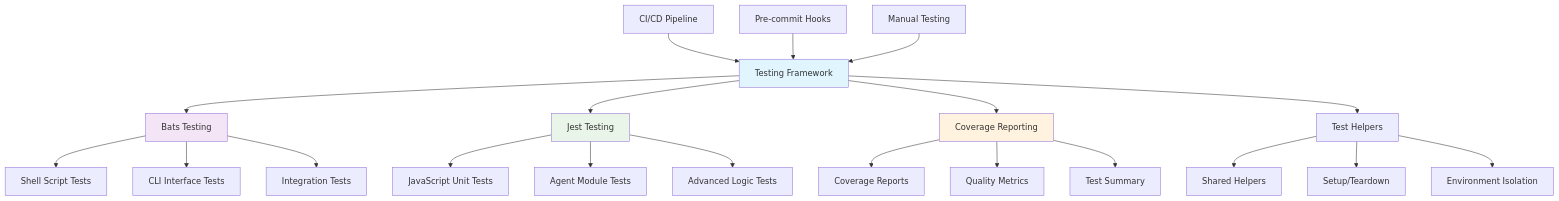
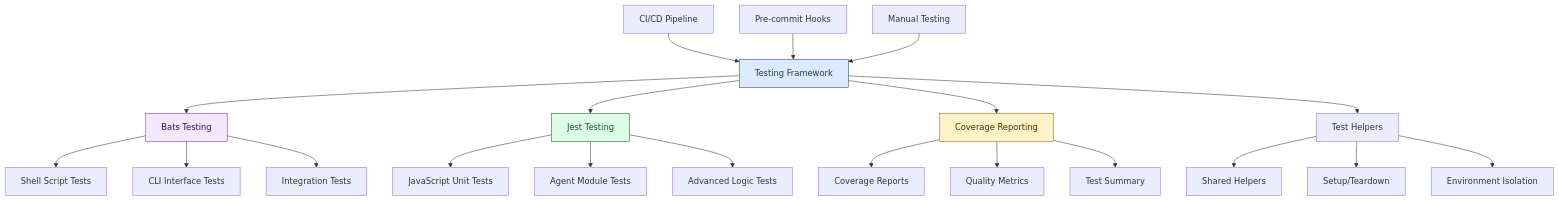
Before and after one commit to lightspeedwp/.github: the first of 3 diagrams in tests/README.md, drawn with Mermaid. The commit also changed other lines of this file and 16 other files, not shown here.

First line of the commit message:
docs(mermaid): repository-wide diagram colour sweep and content refresh (#982)

````diff
--- a/tests/README.md
+++ b/tests/README.md
@@ -72,34 +72,36 @@
 ```mermaid
-graph TB
-accTitle: "Testing framework architecture"
-accDescr: "Comprehensive testing framework showing Bats and Jest testing integration with coverage reporting, test helpers, and connections to CI/CD pipeline, pre-commit hooks, and manual testing workflows."
+---
+accTitle: Testing framework architecture
+accDescr: Comprehensive testing framework showing Bats and Jest testing integration with coverage reporting, test helpers, and connections to CI/CD pipeline, pre-commit hooks, and manual testing workflows.
+---
+flowchart TD
     A[Testing Framework] --> B[Bats Testing]
     A --> C[Jest Testing]
     A --> D[Coverage Reporting]
     A --> E[Test Helpers]
 
     B --> F[Shell Script Tests]
     B --> G[CLI Interface Tests]
     B --> H[Integration Tests]
 
     C --> I[JavaScript Unit Tests]
     C --> J[Agent Module Tests]
     C --> K[Advanced Logic Tests]
 
     D --> L[Coverage Reports]
     D --> M[Quality Metrics]
     D --> N[Test Summary]
 
     E --> O[Shared Helpers]
     E --> P[Setup/Teardown]
     E --> Q[Environment Isolation]
 
     R[CI/CD Pipeline] --> A
     S[Pre-commit Hooks] --> A
     T[Manual Testing] --> A
 
-    style A fill:#e1f5fe
-    style B fill:#f3e5f5
-    style C fill:#e8f5e8
-    style D fill:#fff3e0
+    style A fill:#dbeafe,color:#1e3a5f,stroke:#1e3a5f
+    style B fill:#f3e8ff,color:#3b0764,stroke:#7e22ce
+    style C fill:#dcfce7,color:#14532d,stroke:#14532d
+    style D fill:#fef3c7,color:#4a2c00,stroke:#b45309
 ```
````
